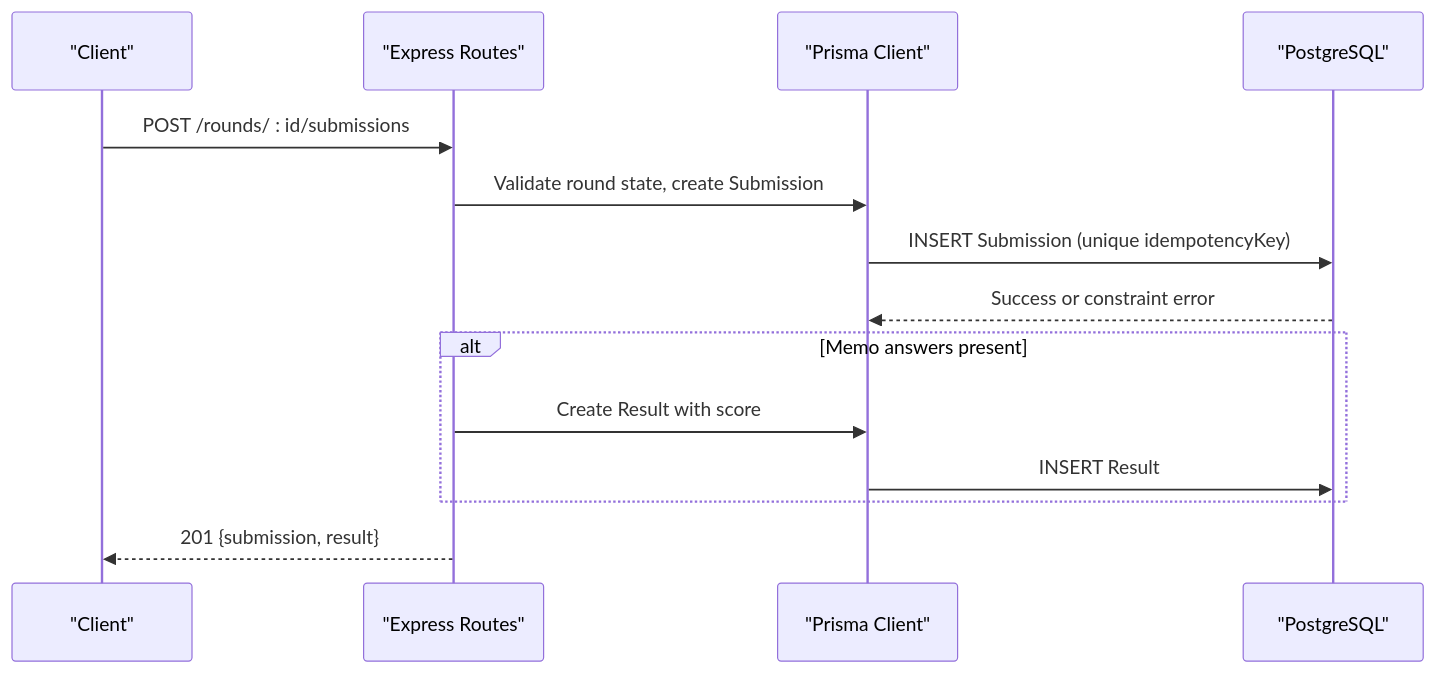
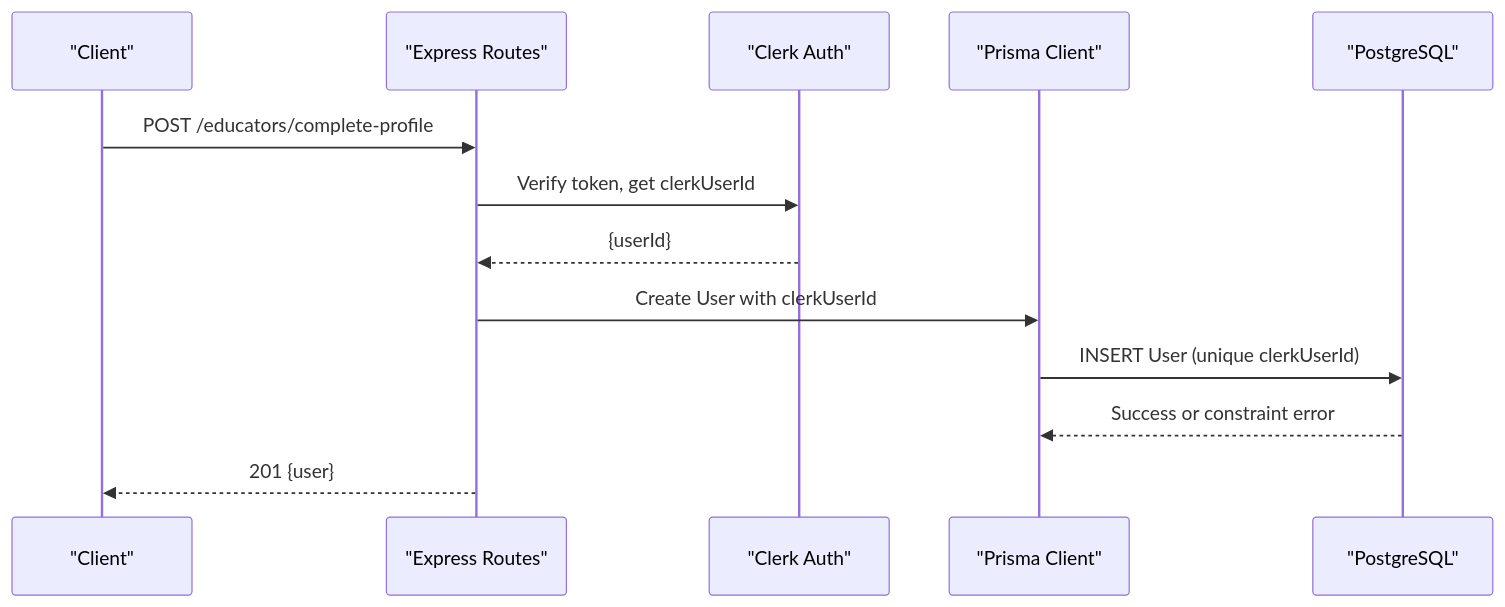
Before and after one commit to ZandileMkontwana/olympiad-portal: the second of 4 diagrams in .qoder/repowiki/en/content/Database Schema.md, drawn with Mermaid. The commit also changed other lines of this file and 16 other files, not shown here.

Commit message:
fix: test(backend): update tests for Clerk auth and Supabase storage

````diff
--- a/.qoder/repowiki/en/content/Database Schema.md
+++ b/.qoder/repowiki/en/content/Database Schema.md
@@ -77,16 +89,15 @@
 ```mermaid
 sequenceDiagram
 participant Client as "Client"
 participant Routes as "Express Routes"
+participant Clerk as "Clerk Auth"
 participant Prisma as "Prisma Client"
 participant DB as "PostgreSQL"
-Client->>Routes : POST /rounds/ : id/submissions
-Routes->>Prisma : Validate round state, create Submission
-Prisma->>DB : INSERT Submission (unique idempotencyKey)
+Client->>Routes : POST /educators/complete-profile
+Routes->>Clerk : Verify token, get clerkUserId
+Clerk-->>Routes : {userId}
+Routes->>Prisma : Create User with clerkUserId
+Prisma->>DB : INSERT User (unique clerkUserId)
 DB-->>Prisma : Success or constraint error
-alt Memo answers present
-Routes->>Prisma : Create Result with score
-Prisma->>DB : INSERT Result
-end
-Routes-->>Client : 201 {submission, result}
+Routes-->>Client : 201 {user}
 ```
````
